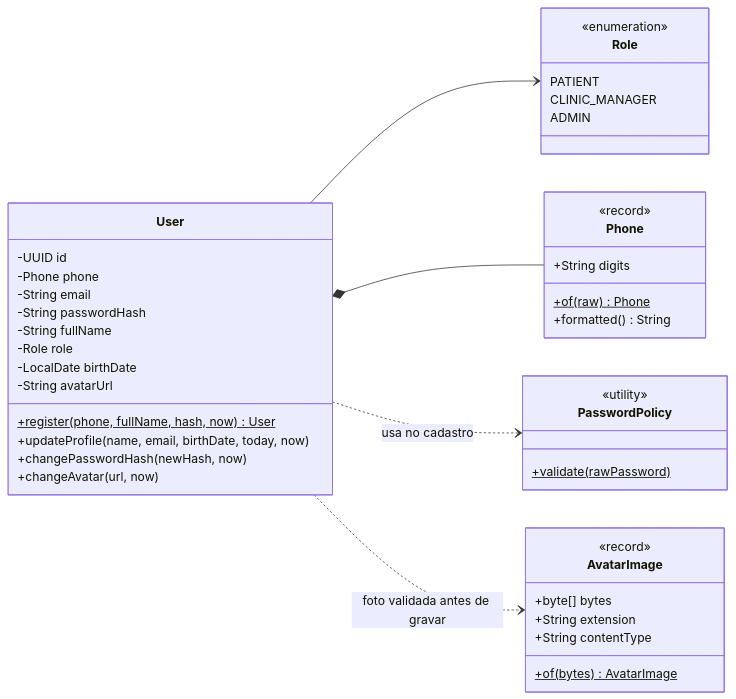
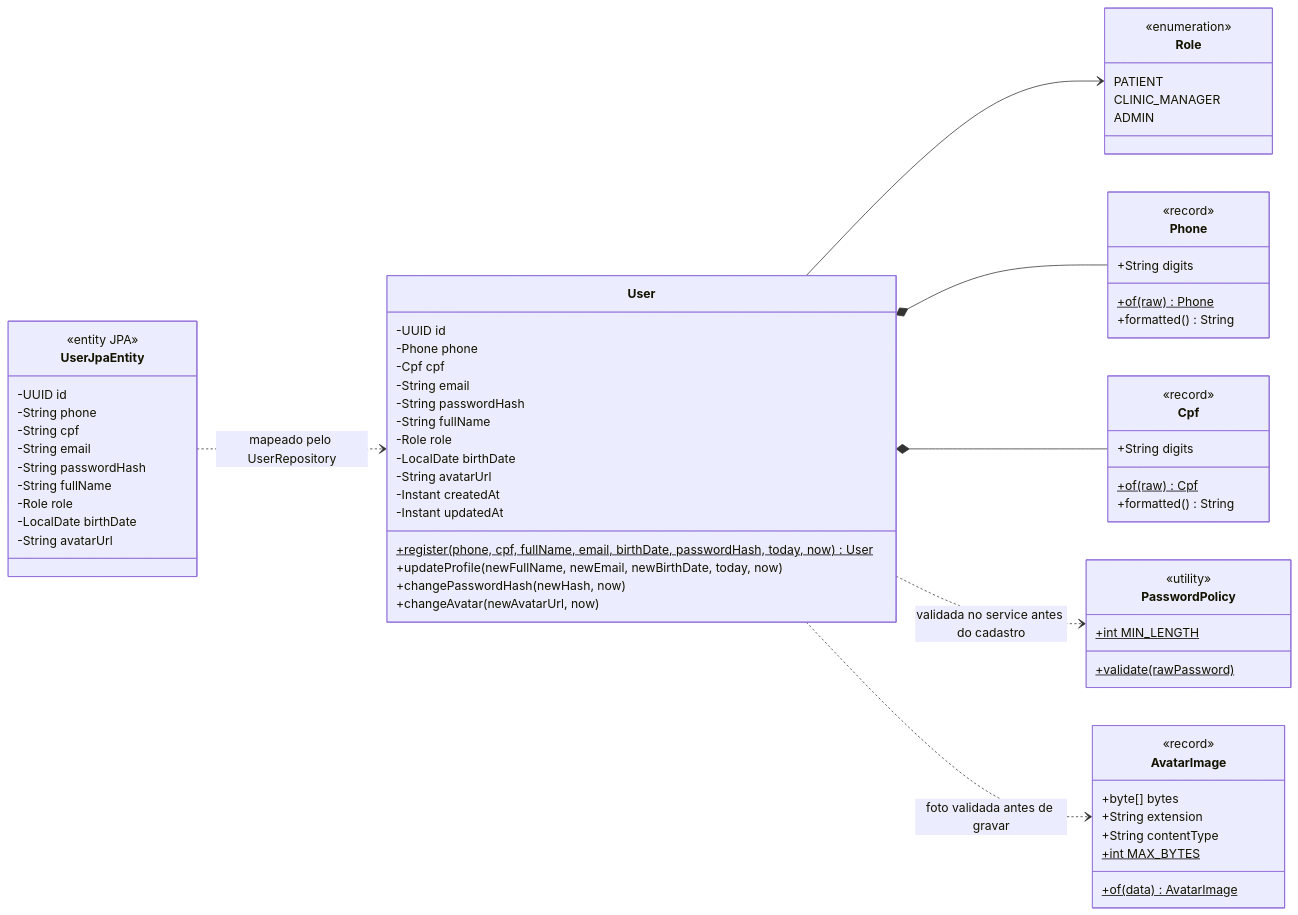
The third of 8 diagrams in docs/06-arquitetura-e-classes.md (MarcioFerreiraL/clinics-backend), drawn with Mermaid before and after one commit. The commit also changed other lines of this file and 1 other file, not shown here.

First line of the commit message:
docs: arquitetura em camadas e diagramas atualizados

````diff
--- a/docs/06-arquitetura-e-classes.md
+++ b/docs/06-arquitetura-e-classes.md
@@ -85,45 +194,70 @@
 ```mermaid
 classDiagram
     direction LR
     class User {
         -UUID id
         -Phone phone
+        -Cpf cpf
         -String email
         -String passwordHash
         -String fullName
         -Role role
         -LocalDate birthDate
         -String avatarUrl
-        +register(phone, fullName, hash, now)$ User
-        +updateProfile(name, email, birthDate, today, now)
+        -Instant createdAt
+        -Instant updatedAt
+        +register(phone, cpf, fullName, email, birthDate, passwordHash, today, now)$ User
+        +updateProfile(newFullName, newEmail, newBirthDate, today, now)
         +changePasswordHash(newHash, now)
-        +changeAvatar(url, now)
+        +changeAvatar(newAvatarUrl, now)
+    }
+    class UserJpaEntity {
+        <<entity JPA>>
+        -UUID id
+        -String phone
+        -String cpf
+        -String email
+        -String passwordHash
+        -String fullName
+        -Role role
+        -LocalDate birthDate
+        -String avatarUrl
     }
     class Role {
         <<enumeration>>
         PATIENT
         CLINIC_MANAGER
         ADMIN
     }
     class Phone {
         <<record>>
         +String digits
         +of(raw)$ Phone
         +formatted() String
     }
+    class Cpf {
+        <<record>>
+        +String digits
+        +of(raw)$ Cpf
+        +formatted() String
+    }
     class PasswordPolicy {
         <<utility>>
+        +int MIN_LENGTH$
         +validate(rawPassword)$
     }
     class AvatarImage {
         <<record>>
         +byte[] bytes
         +String extension
         +String contentType
-        +of(bytes)$ AvatarImage
+        +int MAX_BYTES$
+        +of(data)$ AvatarImage
     }
     User --> Role
     User *-- Phone
-    User ..> PasswordPolicy : usa no cadastro
+    User *-- Cpf
+    User ..> PasswordPolicy : validada no service antes do cadastro
     User ..> AvatarImage : foto validada antes de gravar
+    UserJpaEntity ..> User : mapeado pelo UserRepository
 ```
````
